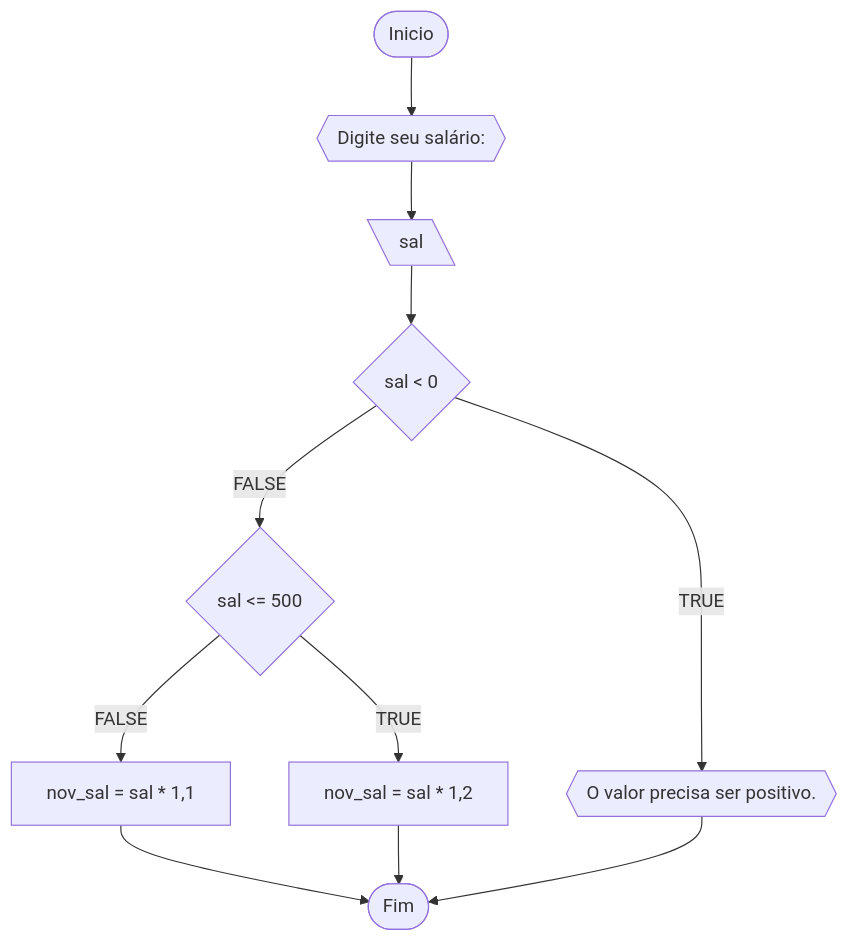
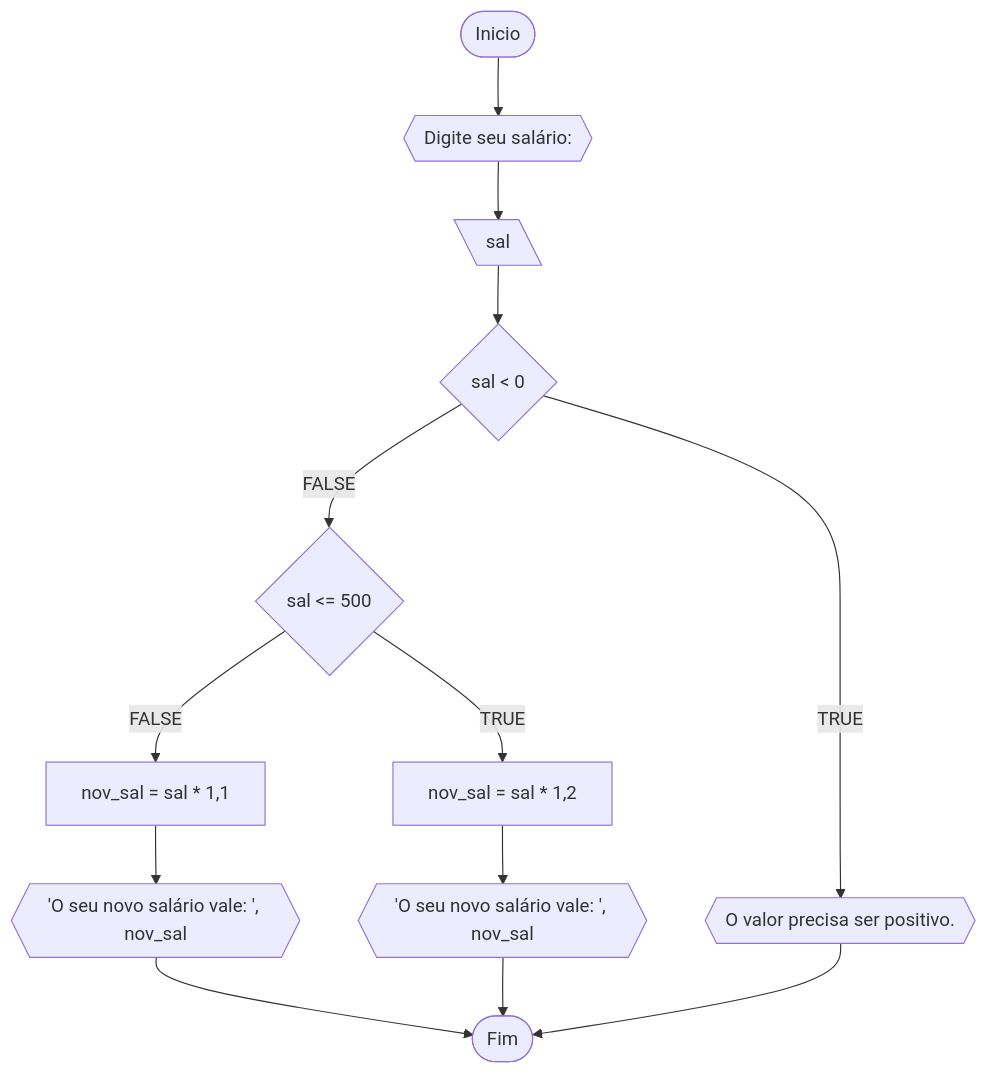
The second of 4 diagrams in RLA/unidade 1/lista1.md (stuffxdd/Unifor), drawn with Mermaid before and after one commit. The commit also changed other lines of this file, not shown here.

````diff
--- a/RLA/unidade 1/lista1.md
+++ b/RLA/unidade 1/lista1.md
@@ -64,13 +64,13 @@
 ```mermaid
 flowchart TD
 A([Inicio]) --> B{{Digite seu salário: }}
 B --> C[\sal\]
 C --> D{sal < 0}
 D --FALSE--> E{sal <= 500}
-E --FALSE--> G[nov_sal = sal * 1,1] --> Z
-E --TRUE--> F[nov_sal = sal * 1,2] --> Z
+E --FALSE--> G[nov_sal = sal * 1,1] --> a{{'O seu novo salário vale: ', nov_sal}} --> Z
+E --TRUE--> F[nov_sal = sal * 1,2] --> b{{'O seu novo salário vale: ', nov_sal}} --> Z
 D --TRUE--> H{{O valor precisa ser positivo.}} --> Z
 
 Z([Fim])
 
 ```
````
